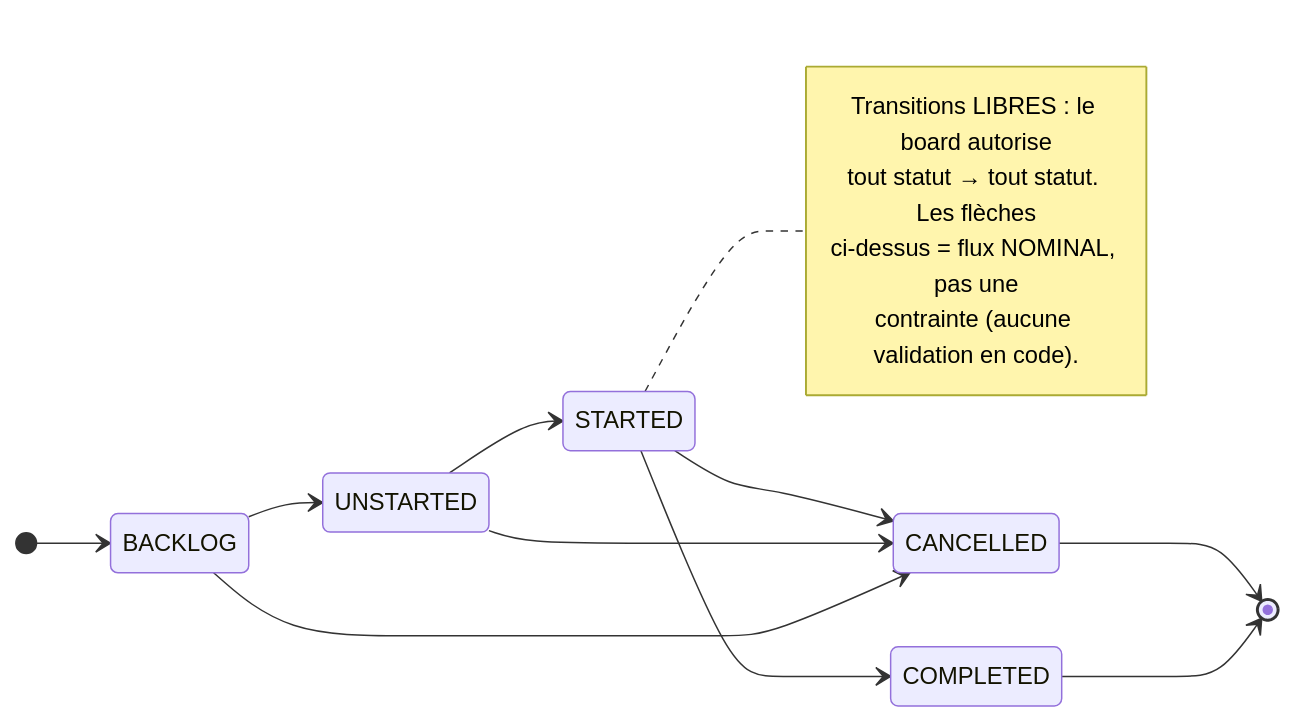
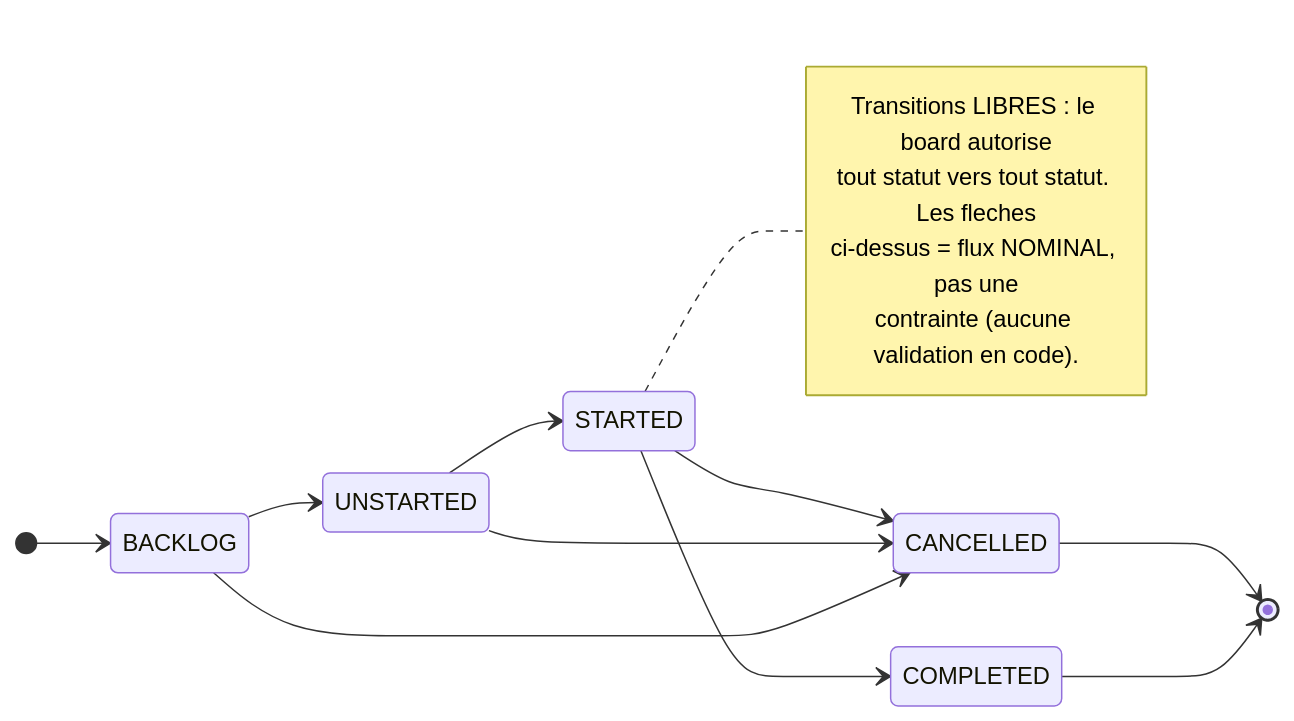
The first of 8 diagrams in v1/03-architecture/Diagramme_Etats_UML.md (taskforce-project/taskforce-docs), drawn with Mermaid before and after one commit. The commit also changed other lines of this file and 1 other file, not shown here.

First line of the commit message:
feat(architecture): update UML use case diagram for v2.0

````diff
--- a/v1/03-architecture/Diagramme_Etats_UML.md
+++ b/v1/03-architecture/Diagramme_Etats_UML.md
@@ -35,20 +42,20 @@
 ```mermaid
 stateDiagram-v2
     direction LR
     [*] --> BACKLOG
     BACKLOG --> UNSTARTED
     UNSTARTED --> STARTED
     STARTED --> COMPLETED
     COMPLETED --> [*]
     BACKLOG --> CANCELLED
     UNSTARTED --> CANCELLED
     STARTED --> CANCELLED
     CANCELLED --> [*]
 
     note right of STARTED
       Transitions LIBRES : le board autorise
-      tout statut → tout statut. Les flèches
+      tout statut vers tout statut. Les fleches
       ci-dessus = flux NOMINAL, pas une
       contrainte (aucune validation en code).
     end note
 ```
````
